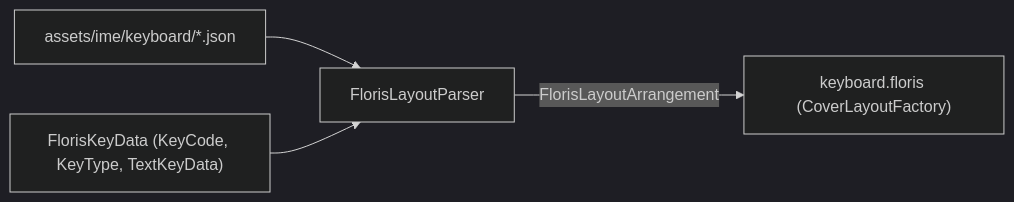
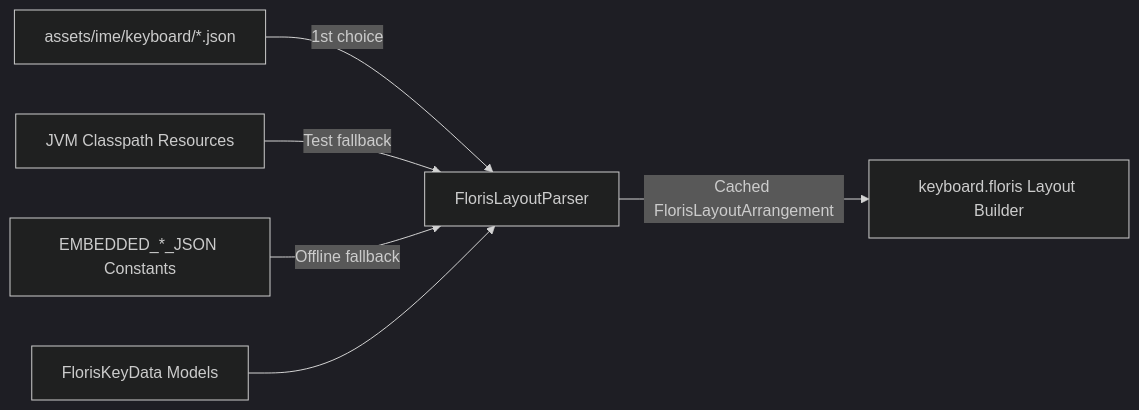
The diagram in keyboard-floris/src/main/java/com/tyejaedon/coverscreenos/keyboard/floris/layout/README.md (tyejaedon/Cover-Screen-OS), drawn with Mermaid (dark theme) before and after one commit. The commit also changed other lines of this file and 157 other files, not shown here.

````diff
--- a/keyboard-floris/src/main/java/com/tyejaedon/coverscreenos/keyboard/floris/layout/README.md
+++ b/keyboard-floris/src/main/java/com/tyejaedon/coverscreenos/keyboard/floris/layout/README.md
@@ -14,6 +49,8 @@
 ```mermaid
 flowchart LR
-    Assets["assets/ime/keyboard/*.json"] --> Parser["FlorisLayoutParser"]
-    KeyData["FlorisKeyData (KeyCode, KeyType, TextKeyData)"] --> Parser
-    Parser -->|"FlorisLayoutArrangement"| Model["keyboard.floris (CoverLayoutFactory)"]
+    Assets["assets/ime/keyboard/*.json"] -->|"1st choice"| Parser["FlorisLayoutParser"]
+    Classpath["JVM Classpath Resources"] -->|"Test fallback"| Parser
+    Embedded["EMBEDDED_*_JSON Constants"] -->|"Offline fallback"| Parser
+    KeyData["FlorisKeyData Models"] --> Parser
+    Parser -->|"Cached FlorisLayoutArrangement"| Model["keyboard.floris Layout Builder"]
 ```
````
